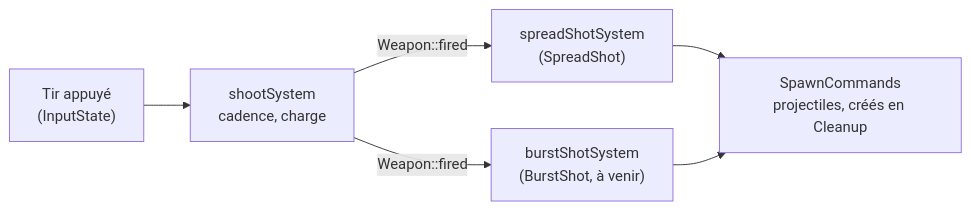
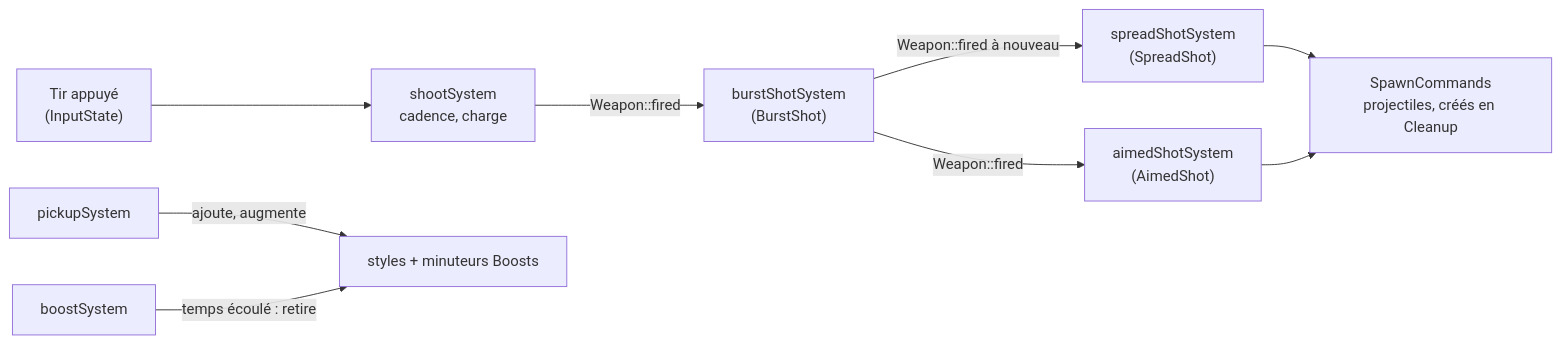
Before and after one commit to T3a1/RType-mirror: the diagram in docs/fr/WEAPONS.md, drawn with Mermaid. The commit also changed other lines of this file and 2 other files, not shown here.

First line of the commit message:
(architecture) docs: timed power-ups in french

````diff
--- a/docs/fr/WEAPONS.md
+++ b/docs/fr/WEAPONS.md
@@ -68,8 +84,11 @@
 ```mermaid
 flowchart LR
     input["Tir appuyé<br/>(InputState)"] --> shoot["shootSystem<br/>cadence, charge"]
-    shoot -- "Weapon::fired" --> spread["spreadShotSystem<br/>(SpreadShot)"]
-    shoot -- "Weapon::fired" --> other["burstShotSystem<br/>(BurstShot, à venir)"]
+    shoot -- "Weapon::fired" --> burst["burstShotSystem<br/>(BurstShot)"]
+    burst -- "Weapon::fired à nouveau" --> spread["spreadShotSystem<br/>(SpreadShot)"]
+    burst -- "Weapon::fired" --> aimed["aimedShotSystem<br/>(AimedShot)"]
     spread --> commands["SpawnCommands<br/>projectiles, créés en Cleanup"]
-    other --> commands
+    aimed --> commands
+    pickup["pickupSystem"] -- "ajoute, augmente" --> styles["styles + minuteurs Boosts"]
+    boost["boostSystem"] -- "temps écoulé : retire" --> styles
 ```
````
